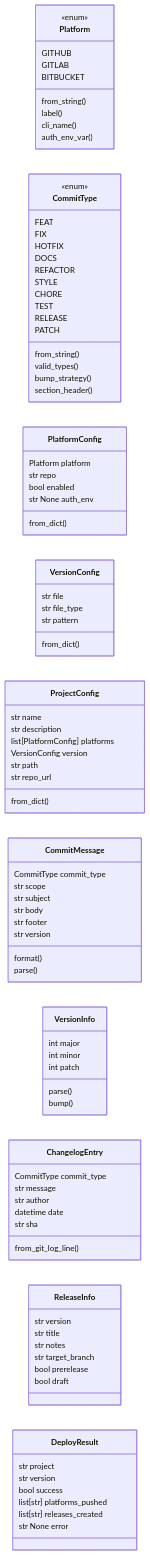
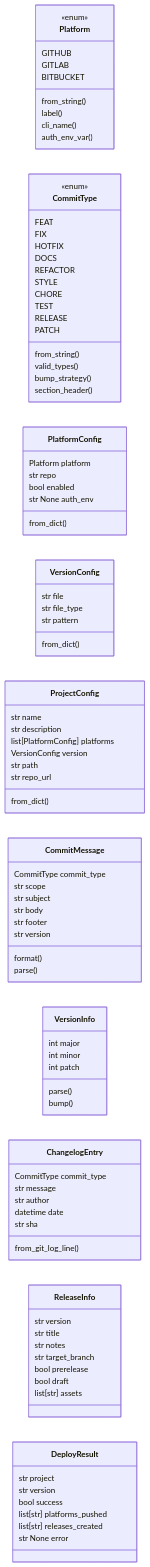
Before and after one commit to grisuno/deploynator: the first of 2 diagrams in readmenator-apidocs/modules/deploynator._models.py.md, drawn with Mermaid. The commit also changed other lines of this file and 120 other files, not shown here.

```diff
--- a/readmenator-apidocs/modules/deploynator._models.py.md
+++ b/readmenator-apidocs/modules/deploynator._models.py.md
@@ -85,6 +85,7 @@
     ReleaseInfo : str target_branch
     ReleaseInfo : bool prerelease
     ReleaseInfo : bool draft
+    ReleaseInfo : list[str] assets
     class DeployResult
     DeployResult : str project
     DeployResult : str version
```
